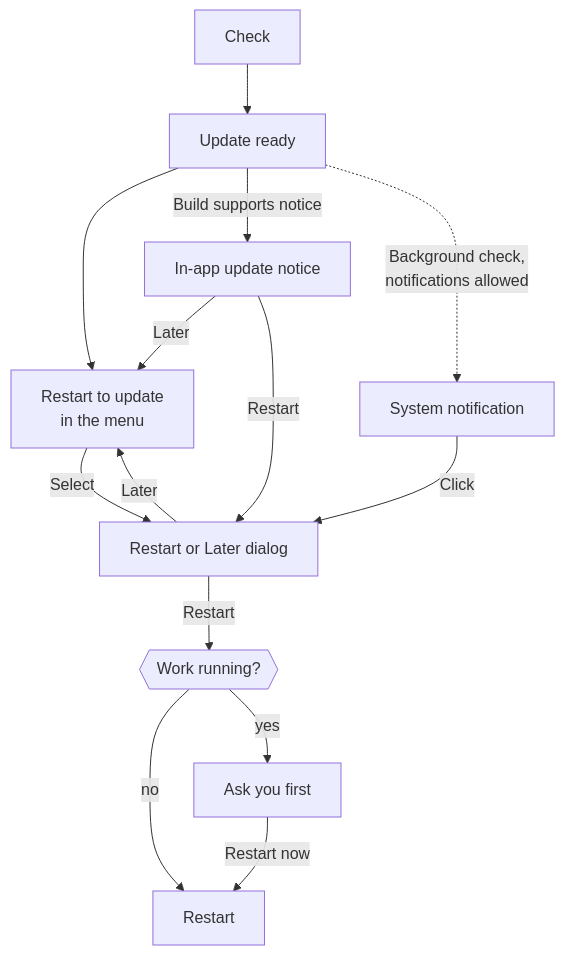
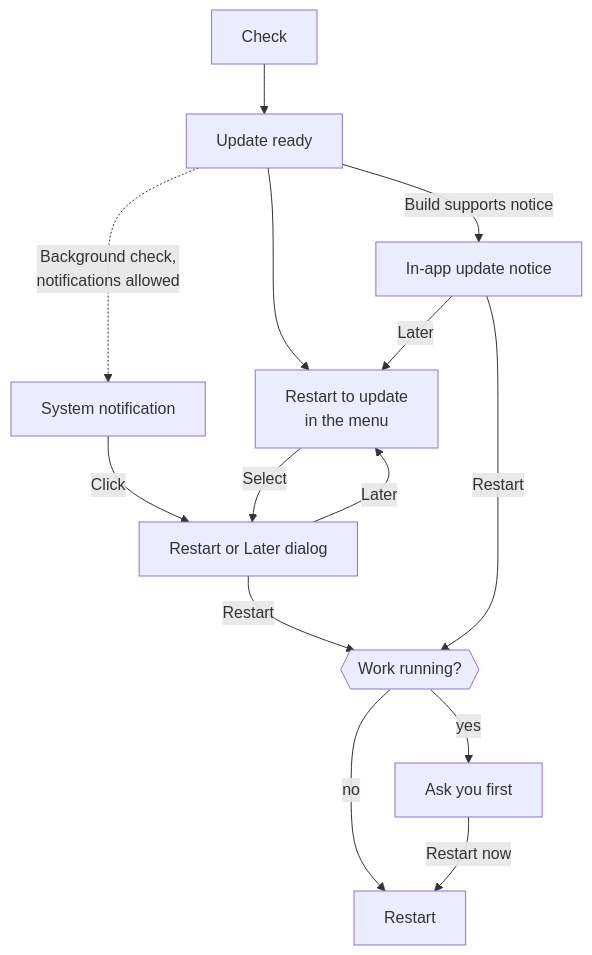
The third of 3 diagrams in docs/src/content/docs/deploy/desktop-app.mdx (Ahrorjon91/nod), drawn with Mermaid before and after one commit. The commit also changed other lines of this file and 4 other files, not shown here.

First line of the commit message:
fix(desktop): restart from the update notice without asking again

````diff
--- a/docs/src/content/docs/deploy/desktop-app.mdx
+++ b/docs/src/content/docs/deploy/desktop-app.mdx
@@ -197,16 +197,16 @@
 ```mermaid
 flowchart TD
   check[Check]:::muted --> ready[Update ready]
   ready --> menu[Restart to update<br/>in the menu]
   ready -- Build supports notice --> notice[In-app update notice]:::accent
   ready -. Background check,<br/>notifications allowed .-> system[System notification]
   system -- Click --> confirm[Restart or Later dialog]:::accent
   confirm -- Later --> menu
   confirm -- Restart --> busy{{Work running?}}
   notice -- Later --> menu
-  notice -- Restart --> confirm
+  notice -- Restart --> busy
   menu -- Select --> confirm
   busy -- no --> restart[Restart]:::go
   busy -- yes --> ask[Ask you first]:::accent
   ask -- Restart now --> restart
 ```
````
